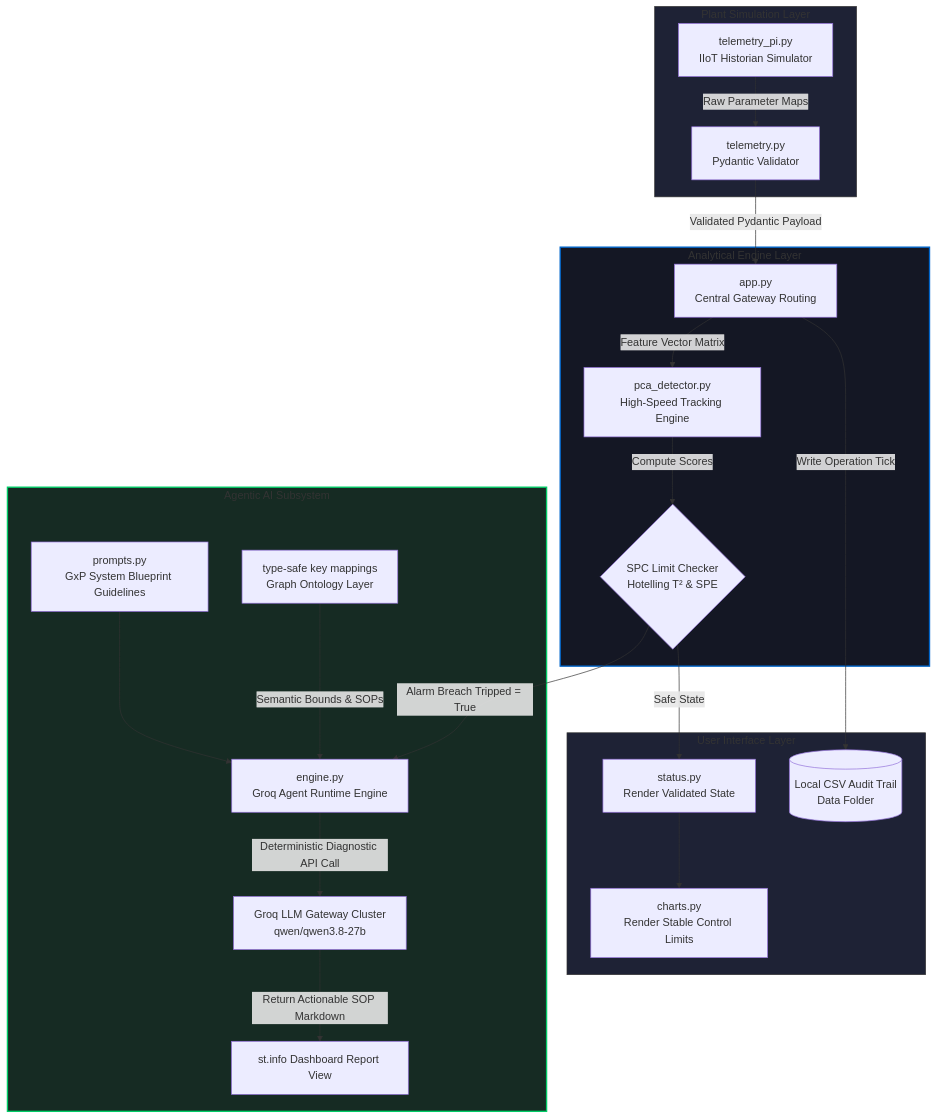
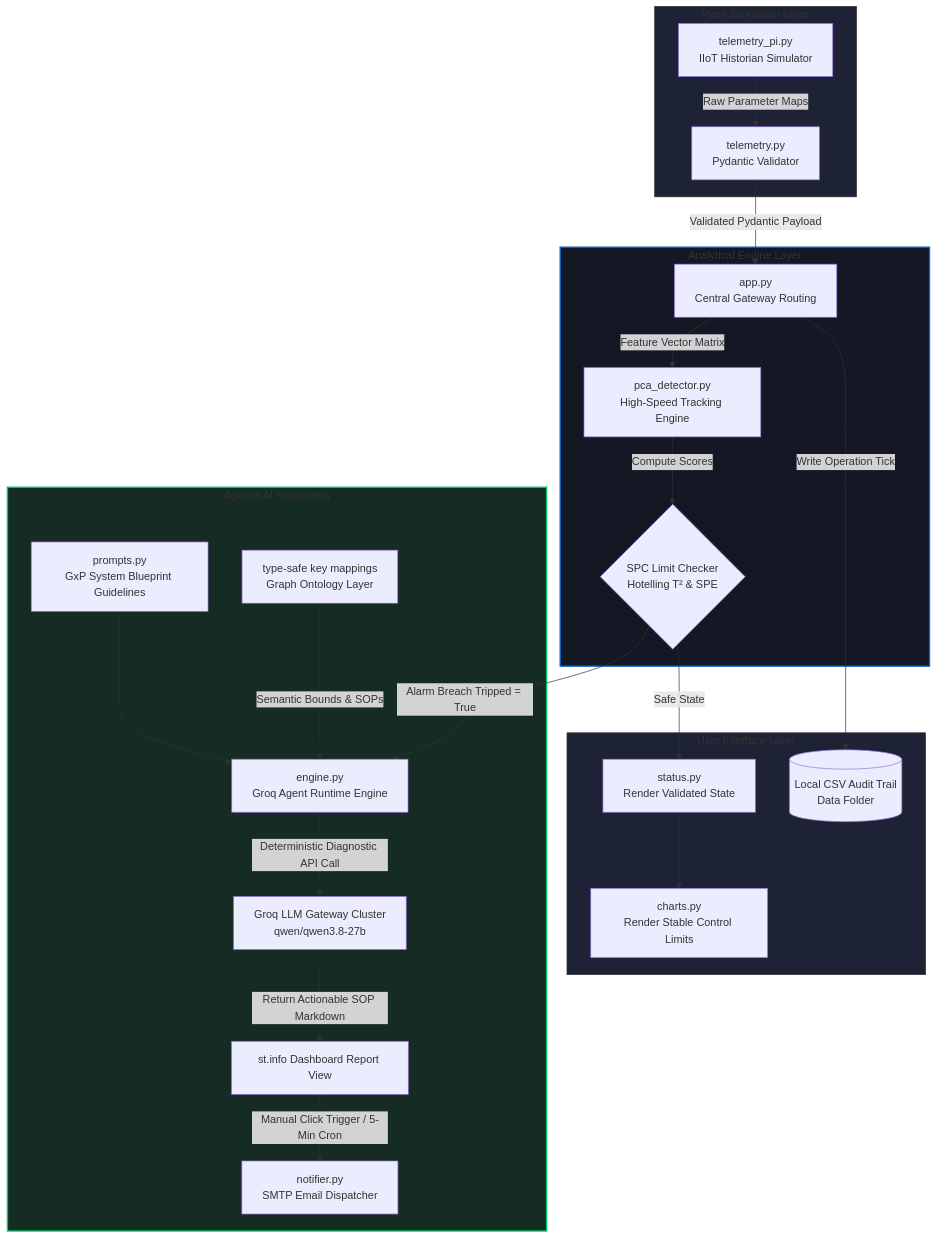
The first of 2 diagrams in README.md (SRINIVASTA/bio-twin-mitt-core), drawn with Mermaid before and after one commit. The commit also changed other lines of this file, not shown here.

````diff
--- a/README.md
+++ b/README.md
@@ -18,31 +18,32 @@
 ```mermaid
 graph TD
     subgraph Plant_Simulation_Layer [Plant Simulation Layer]
         A[telemetry_pi.py<br>IIoT Historian Simulator] -->|Raw Parameter Maps| B[telemetry.py<br>Pydantic Validator]
     end
 
     subgraph Analytical_Engine_Layer [Analytical Engine Layer]
         B -->|Validated Pydantic Payload| C[app.py<br>Central Gateway Routing]
         C -->|Feature Vector Matrix| D[pca_detector.py<br>High-Speed Tracking Engine]
         D -->|Compute Scores| E{SPC Limit Checker<br>Hotelling T² & SPE}
     end
 
     subgraph User_Interface_Layer [User Interface Layer]
         E -->|Safe State| F[status.py<br>Render Validated State]
         F --> G[charts.py<br>Render Stable Control Limits]
         C -->|Write Operation Tick| M[(Local CSV Audit Trail<br>Data Folder)]
     end
 
     subgraph Agentic_Decision_Support [Agentic AI Subsystem]
         E -->|Alarm Breach Tripped = True| H[engine.py<br>Groq Agent Runtime Engine]
         I[type-safe key mappings<br>Graph Ontology Layer] -->|Semantic Bounds & SOPs| H
         J[prompts.py<br>GxP System Blueprint Guidelines] --> H
         H -->|Deterministic Diagnostic API Call| K[Groq LLM Gateway Cluster<br>qwen/qwen3.8-27b]
         K -->|Return Actionable SOP Markdown| L[st.info Dashboard Report View]
+        L -->|Manual Click Trigger / 5-Min Cron| N[notifier.py<br>SMTP Email Dispatcher]
     end
 
     style Plant_Simulation_Layer fill:#1e2235,stroke:#333,stroke-width:1px
     style Analytical_Engine_Layer fill:#141724,stroke:#0066CC,stroke-width:2px
     style User_Interface_Layer fill:#1e2235,stroke:#333,stroke-width:1px
     style Agentic_Decision_Support fill:#162b23,stroke:#00cc66,stroke-width:2px
 ```
````
